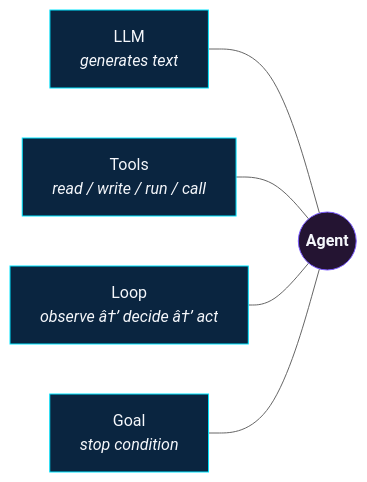
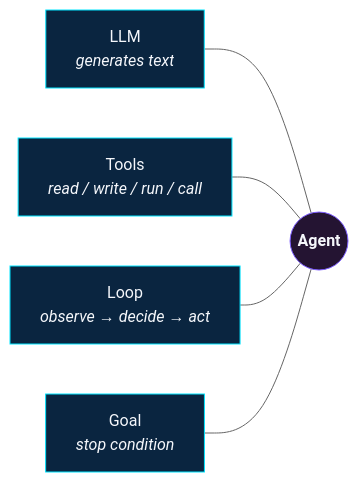
One commit to stevologic/security-recipes.ai changed the first of 5 diagrams in content/fundamentals/_index.md. Above: the diagram before and after it, drawn with Mermaid (neutral theme). The commit also changed other lines of this file and 19 other files, not shown here.

````diff
--- a/content/fundamentals/_index.md
+++ b/content/fundamentals/_index.md
@@ -59,18 +59,18 @@
 ```mermaid
 flowchart LR
     LLM[LLM<br/><i>generates text</i>]
     TOOLS["Tools<br/><i>read / write / run / call</i>"]
-    LOOP["Loop<br/><i>observe â†’ decide â†’ act</i>"]
+    LOOP["Loop<br/><i>observe → decide → act</i>"]
     GOAL["Goal<br/><i>stop condition</i>"]
     AGENT((Agent))
 
     LLM --- AGENT
     TOOLS --- AGENT
     LOOP --- AGENT
     GOAL --- AGENT
 
     classDef part fill:#0a2540,stroke:#00e5ff,color:#f5f7fb;
     classDef sum fill:#241432,stroke:#7c5cff,color:#f5f7fb,font-weight:bold;
     class LLM,TOOLS,LOOP,GOAL part
     class AGENT sum
 ```
````
